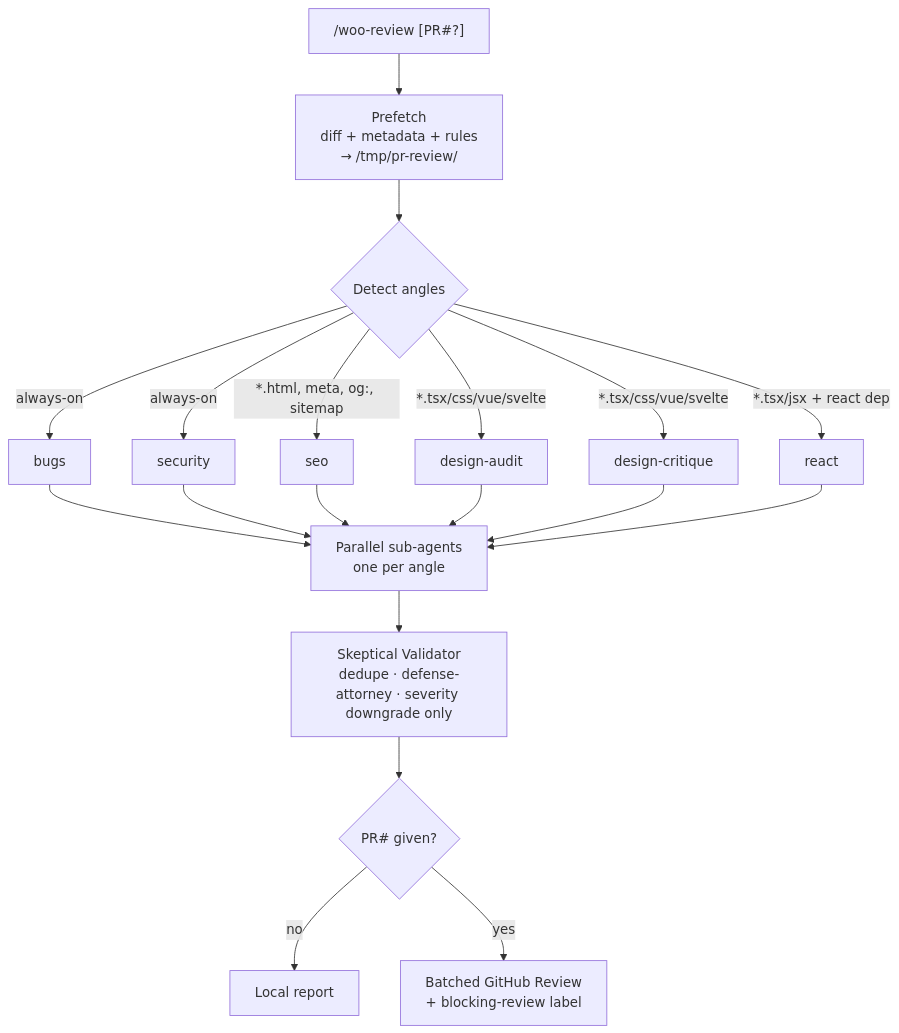
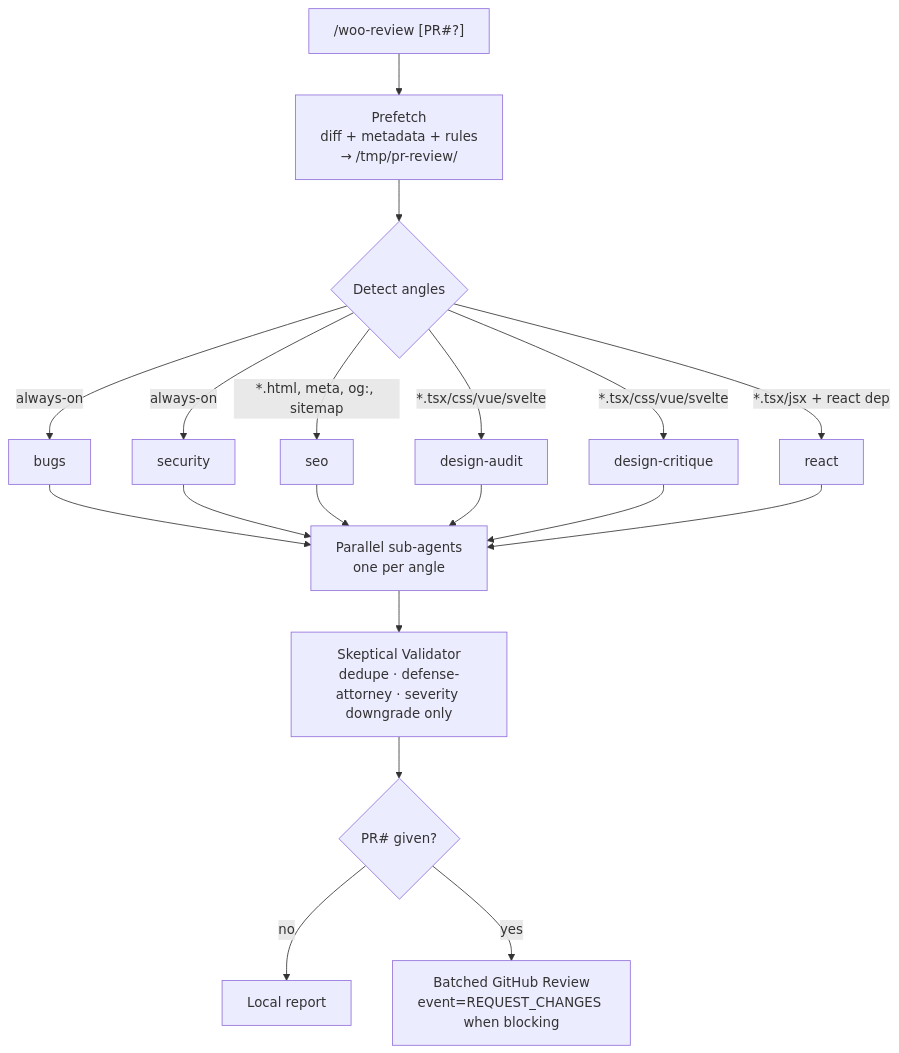
One commit to howarewoo/woo-review changed the diagram in README.md. Above: the diagram before and after it, drawn with Mermaid. The commit also changed other lines of this file and 10 other files, not shown here.

First line of the commit message:
refactor: drop blocking-review label, rely on native REQUEST_CHANGES event

````diff
--- a/README.md
+++ b/README.md
@@ -34,16 +34,16 @@
 ```mermaid
 flowchart TD
     A["/woo-review [PR#?]"] --> B[Prefetch<br/>diff + metadata + rules<br/>→ /tmp/pr-review/]
     B --> C{Detect angles}
     C -->|always-on| D1[bugs]
     C -->|always-on| D2[security]
     C -->|*.html, meta, og:, sitemap| D3[seo]
     C -->|*.tsx/css/vue/svelte| D4[design-audit]
     C -->|*.tsx/css/vue/svelte| D5[design-critique]
     C -->|*.tsx/jsx + react dep| D6[react]
     D1 & D2 & D3 & D4 & D5 & D6 --> E[Parallel sub-agents<br/>one per angle]
     E --> F[Skeptical Validator<br/>dedupe · defense-attorney · severity downgrade only]
     F --> G{PR# given?}
     G -->|no| H[Local report]
-    G -->|yes| I[Batched GitHub Review<br/>+ blocking-review label]
+    G -->|yes| I[Batched GitHub Review<br/>event=REQUEST_CHANGES when blocking]
 ```
````
